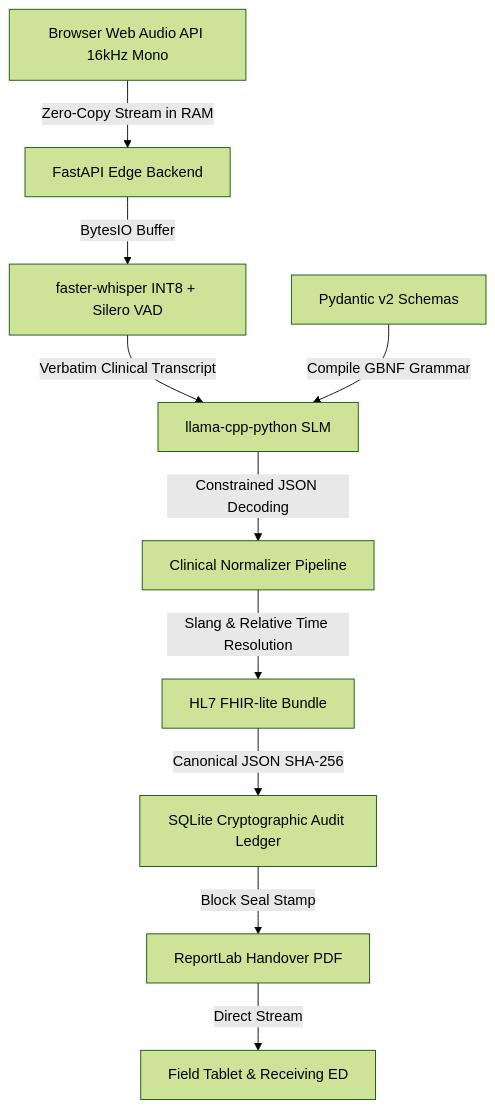
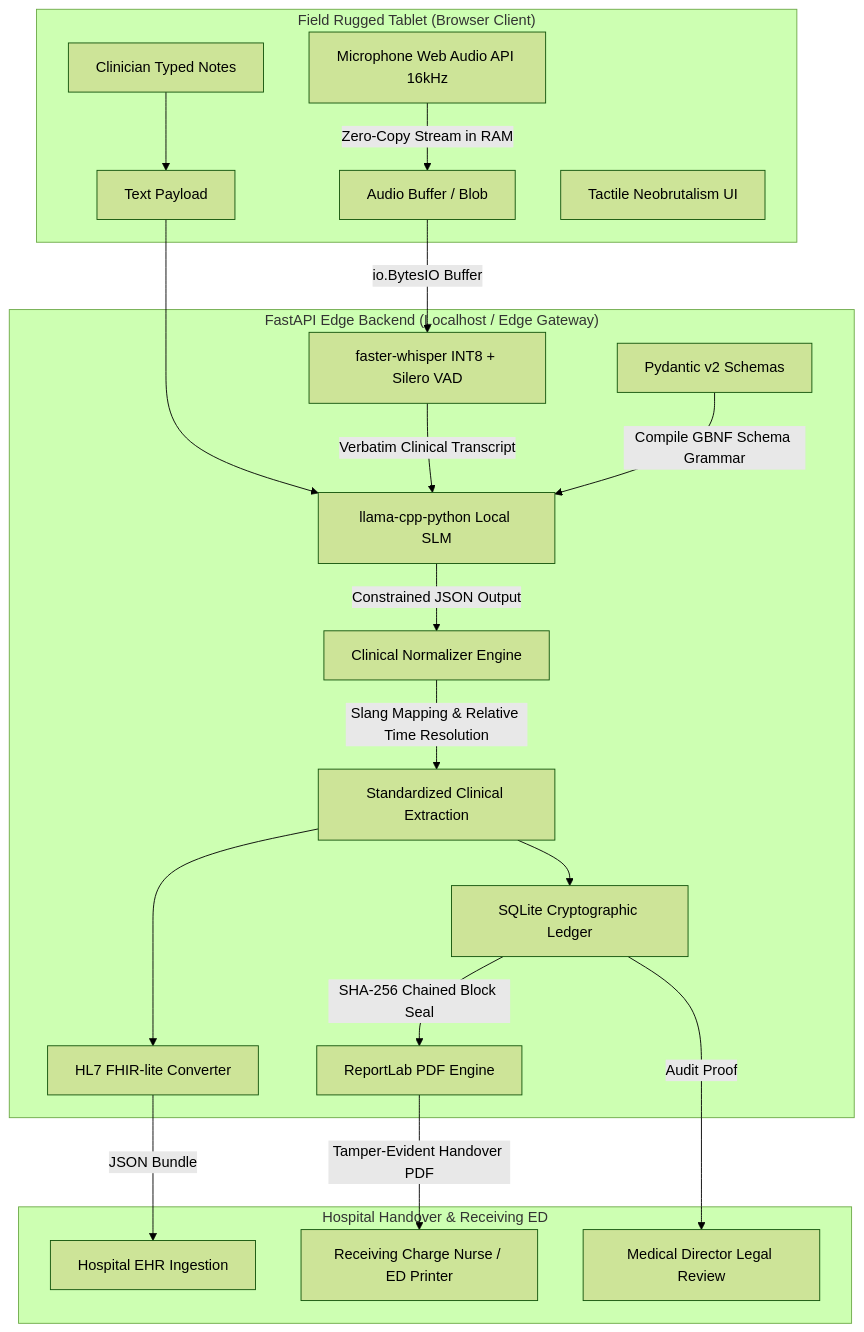
One commit to akul-sairam/Coders-Nova changed the diagram in edge-ems-ai/README.md. Above: the diagram before and after it, drawn with Mermaid (forest theme). The commit also changed other lines of this file and 15 other files, not shown here.

Commit message:
docs: update README with comprehensive documentation, architecture diagram, and working UI screenshots

````diff
--- a/edge-ems-ai/README.md
+++ b/edge-ems-ai/README.md
@@ -9,12 +65,26 @@
 ```mermaid
 flowchart TD
-    A[Browser Web Audio API 16kHz Mono] -->|Zero-Copy Stream in RAM| B[FastAPI Edge Backend]
-    B -->|BytesIO Buffer| C[faster-whisper INT8 + Silero VAD]
-    C -->|Verbatim Clinical Transcript| D[llama-cpp-python SLM]
-    E[Pydantic v2 Schemas] -->|Compile GBNF Grammar| D
-    D -->|Constrained JSON Decoding| F[Clinical Normalizer Pipeline]
-    F -->|Slang & Relative Time Resolution| G[HL7 FHIR-lite Bundle]
-    G -->|Canonical JSON SHA-256| H[SQLite Cryptographic Audit Ledger]
-    H -->|Block Seal Stamp| I[ReportLab Handover PDF]
-    I -->|Direct Stream| J[Field Tablet & Receiving ED]
+    subgraph Browser ["Field Rugged Tablet (Browser Client)"]
+        A[Microphone Web Audio API 16kHz] -->|Zero-Copy Stream in RAM| B[Audio Buffer / Blob]
+        N[Clinician Typed Notes] --> B2[Text Payload]
+        UI[Tactile Neobrutalism UI]
+    end
+
+    subgraph EdgeBackend ["FastAPI Edge Backend (Localhost / Edge Gateway)"]
+        B -->|io.BytesIO Buffer| C[faster-whisper INT8 + Silero VAD]
+        B2 --> D
+        C -->|Verbatim Clinical Transcript| D[llama-cpp-python Local SLM]
+        G[Pydantic v2 Schemas] -->|Compile GBNF Schema Grammar| D
+        D -->|Constrained JSON Output| E[Clinical Normalizer Engine]
+        E -->|Slang Mapping & Relative Time Resolution| F[Standardized Clinical Extraction]
+        F --> H[HL7 FHIR-lite Converter]
+        F --> I[SQLite Cryptographic Ledger]
+        I -->|SHA-256 Chained Block Seal| J[ReportLab PDF Engine]
+    end
+
+    subgraph Output ["Hospital Handover & Receiving ED"]
+        H -->|JSON Bundle| K[Hospital EHR Ingestion]
+        J -->|Tamper-Evident Handover PDF| L[Receiving Charge Nurse / ED Printer]
+        I -->|Audit Proof| M[Medical Director Legal Review]
+    end
 ```
````
